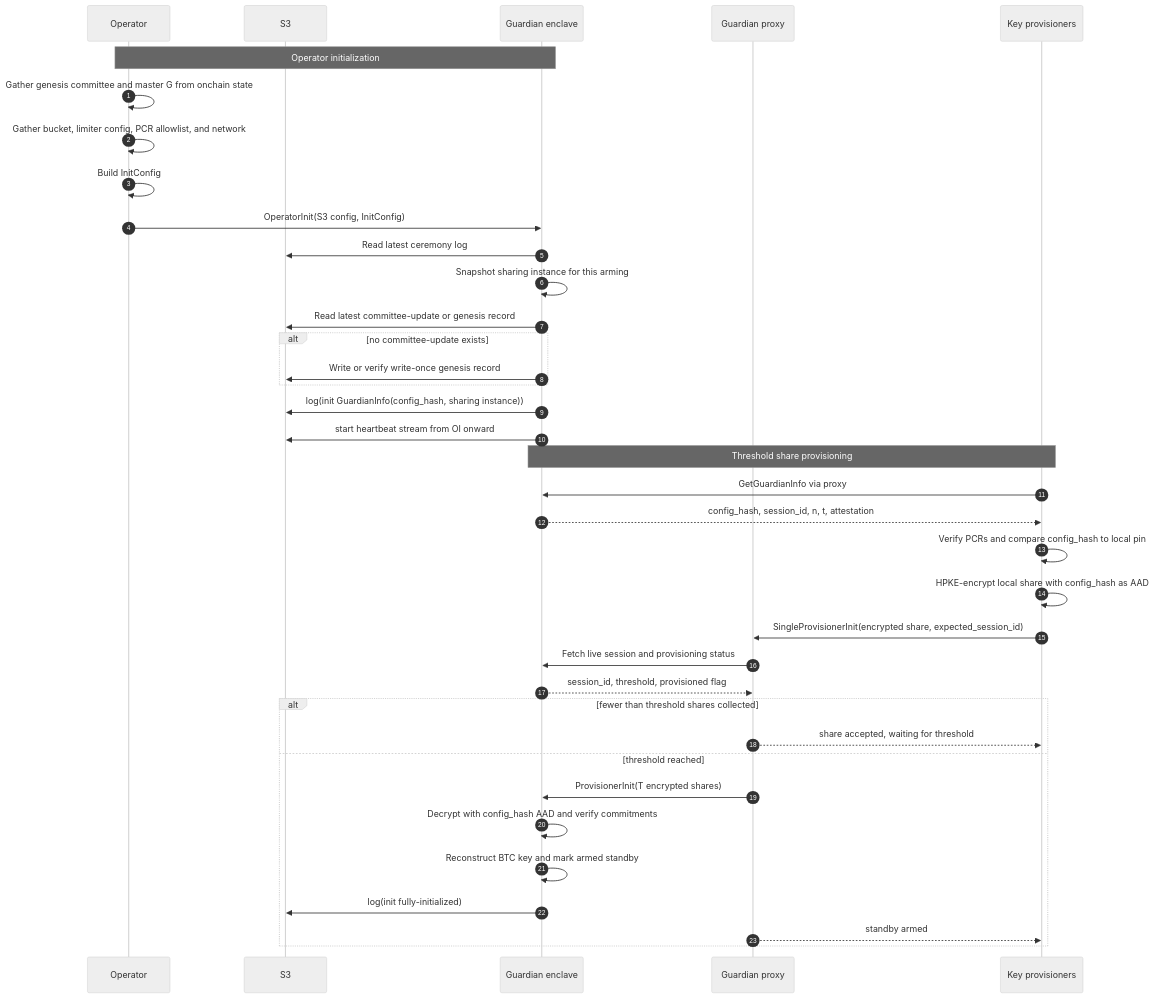
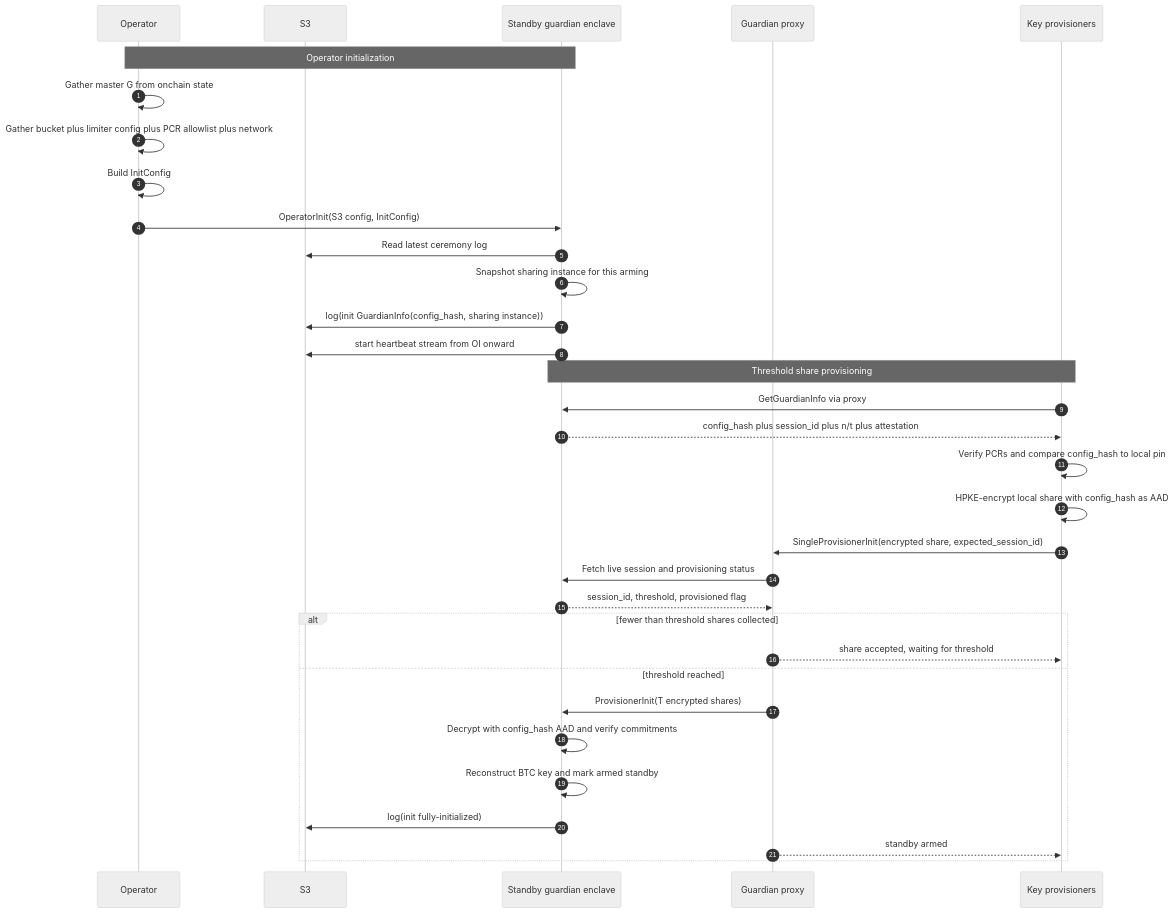
Before and after one commit to MystenLabs/hashi: the second of 4 diagrams in design/docs/guardian.mdx, drawn with Mermaid (neutral theme). The commit also changed other lines of this file, not shown here.

Commit message:
docs: refine guardian standby diagrams

````diff
--- a/design/docs/guardian.mdx
+++ b/design/docs/guardian.mdx
@@ -75,42 +75,38 @@
 ```mermaid
 sequenceDiagram
     autonumber
 
     participant Operator
     participant S3
-    participant Guardian as Guardian enclave
+    participant Guardian as Standby guardian enclave
     participant Proxy as Guardian proxy
     participant KPs as Key provisioners
 
     Note over Operator,Guardian: Operator initialization
-    Operator->>Operator: Gather genesis committee and master G from onchain state
-    Operator->>Operator: Gather bucket, limiter config, PCR allowlist, and network
+    Operator->>Operator: Gather master G from onchain state
+    Operator->>Operator: Gather bucket plus limiter config plus PCR allowlist plus network
     Operator->>Operator: Build InitConfig
     Operator->>Guardian: OperatorInit(S3 config, InitConfig)
     Guardian->>S3: Read latest ceremony log
     Guardian->>Guardian: Snapshot sharing instance for this arming
-    Guardian->>S3: Read latest committee-update or genesis record
-    alt no committee-update exists
-        Guardian->>S3: Write or verify write-once genesis record
-    end
     Guardian->>S3: log(init GuardianInfo(config_hash, sharing instance))
     Guardian->>S3: start heartbeat stream from OI onward
 
     Note over KPs,Guardian: Threshold share provisioning
     KPs->>Guardian: GetGuardianInfo via proxy
-    Guardian-->>KPs: config_hash, session_id, n, t, attestation
+    Guardian-->>KPs: config_hash plus session_id plus n/t plus attestation
     KPs->>KPs: Verify PCRs and compare config_hash to local pin
     KPs->>KPs: HPKE-encrypt local share with config_hash as AAD
     KPs->>Proxy: SingleProvisionerInit(encrypted share, expected_session_id)
     Proxy->>Guardian: Fetch live session and provisioning status
     Guardian-->>Proxy: session_id, threshold, provisioned flag
     alt fewer than threshold shares collected
         Proxy-->>KPs: share accepted, waiting for threshold
     else threshold reached
         Proxy->>Guardian: ProvisionerInit(T encrypted shares)
         Guardian->>Guardian: Decrypt with config_hash AAD and verify commitments
         Guardian->>Guardian: Reconstruct BTC key and mark armed standby
         Guardian->>S3: log(init fully-initialized)
         Proxy-->>KPs: standby armed
     end
 ```
````
